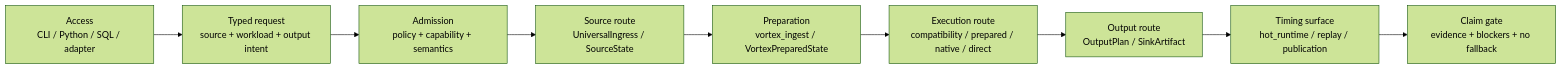
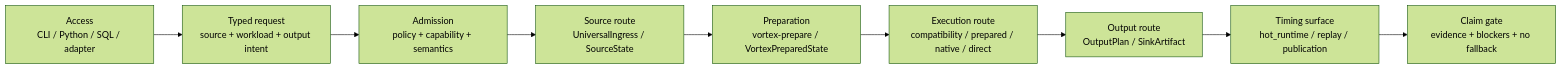
Before and after one commit to depsilon/shardloom: the first of 8 diagrams in website-public/assets/data/compute-engine-flow-reference.md, drawn with Mermaid (forest theme). The commit also changed other lines of this file and 151 other files, not shown here.

````diff
--- a/website-public/assets/data/compute-engine-flow-reference.md
+++ b/website-public/assets/data/compute-engine-flow-reference.md
@@ -107,14 +107,14 @@
 ```mermaid
 flowchart LR
     ACCESS["Access<br/>CLI / Python / SQL / adapter"]
     REQUEST["Typed request<br/>source + workload + output intent"]
     ADMISSION["Admission<br/>policy + capability + semantics"]
     SOURCE["Source route<br/>UniversalIngress / SourceState"]
-    PREPARE["Preparation<br/>vortex_ingest / VortexPreparedState"]
+    PREPARE["Preparation<br/>vortex-prepare / VortexPreparedState"]
     EXECUTE["Execution route<br/>compatibility / prepared / native / direct"]
     OUTPUT["Output route<br/>OutputPlan / SinkArtifact"]
     TIMING["Timing surface<br/>hot_runtime / replay / publication"]
     CLAIM["Claim gate<br/>evidence + blockers + no fallback"]
 
     ACCESS --> REQUEST --> ADMISSION --> SOURCE --> PREPARE --> EXECUTE --> OUTPUT --> TIMING --> CLAIM
 ```
````
